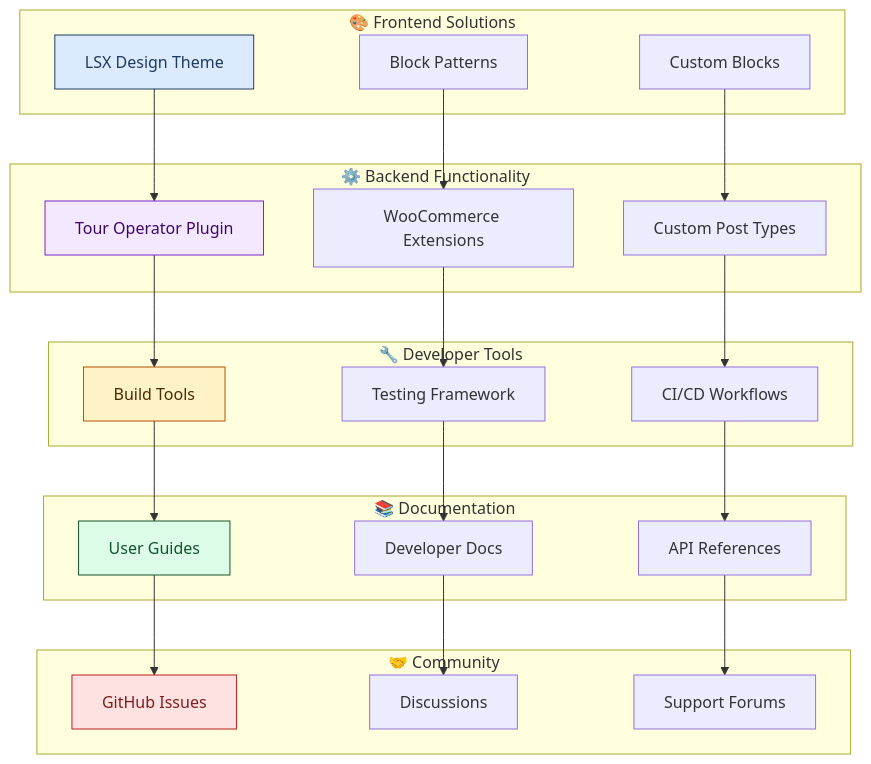
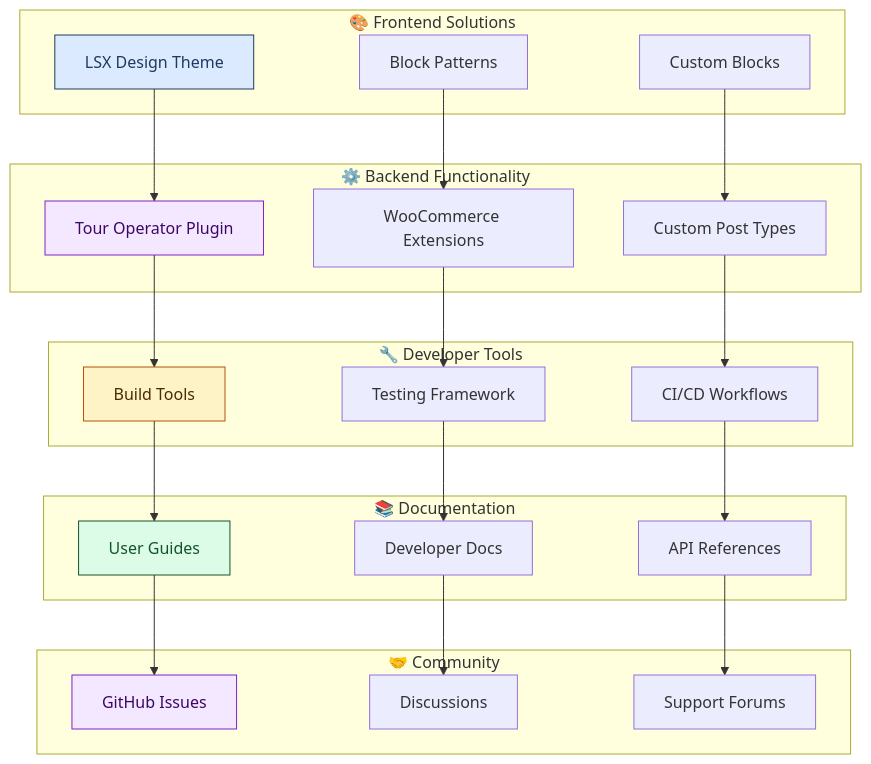
Before and after one commit to lightspeedwp/.github: the third of 4 diagrams in profile/README.md, drawn with Mermaid. The commit also changed other lines of this file and 28 other files, not shown here.

Commit message:
fix: make mermaid diagrams accessible

````diff
--- a/profile/README.md
+++ b/profile/README.md
@@ -151,58 +147,56 @@
 ```mermaid
----
-accTitle: LightSpeed project architecture and ecosystem
-accDescr: Comprehensive architecture showing frontend solutions with LSX Design and custom blocks, backend functionality including Tour Operator plugin and WooCommerce extensions, developer tools with CI/CD workflows, documentation and community support forums.
----
-flowchart TD
+graph TB
+accTitle: "LightSpeed project architecture and ecosystem"
+accDescr: "Comprehensive architecture showing frontend solutions with LSX Design and custom blocks, backend functionality including Tour Operator plugin and WooCommerce extensions, developer tools with CI/CD workflows, documentation and community support forums."
     subgraph "🎨 Frontend Solutions"
         A[LSX Design Theme]
         B[Block Patterns]
         C[Custom Blocks]
     end
 
     subgraph "⚙️ Backend Functionality"
         D[Tour Operator Plugin]
         E[WooCommerce Extensions]
         F[Custom Post Types]
     end
 
     subgraph "🔧 Developer Tools"
         G[Build Tools]
         H[Testing Framework]
         I[CI/CD Workflows]
     end
 
     subgraph "📚 Documentation"
         J[User Guides]
         K[Developer Docs]
         L[API References]
     end
 
     subgraph "🤝 Community"
         M[GitHub Issues]
         N[Discussions]
         O[Support Forums]
     end
 
     A --> D
     B --> E
     C --> F
 
     D --> G
     E --> H
     F --> I
 
     G --> J
     H --> K
     I --> L
 
     J --> M
     K --> N
     L --> O
 
     style A fill:#dbeafe,color:#1e3a5f,stroke:#1e3a5f
     style D fill:#f3e8ff,color:#3b0764,stroke:#7e22ce
     style G fill:#fef3c7,color:#4a2c00,stroke:#b45309
     style J fill:#dcfce7,color:#14532d,stroke:#14532d
-    style M fill:#fee2e2,color:#7f1d1d,stroke:#b91c1c
+    style M fill:#f3e8ff,color:#3b0764,stroke:#7e22ce
 ```
````
